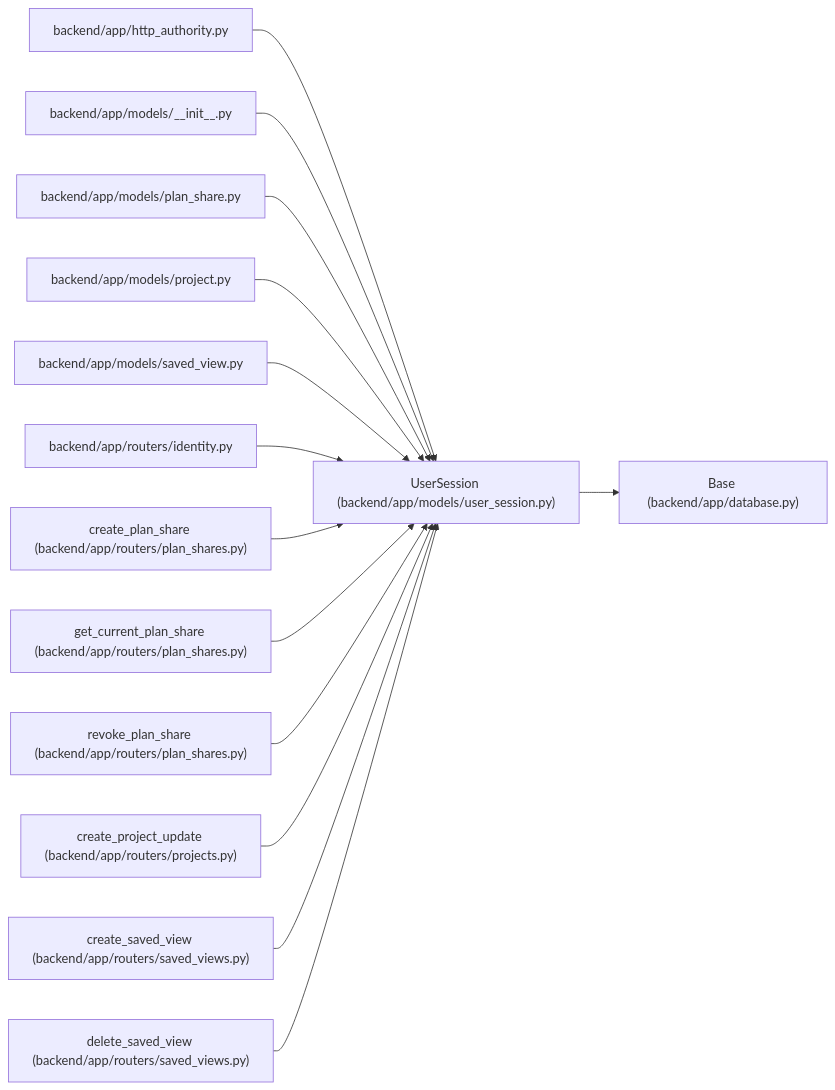
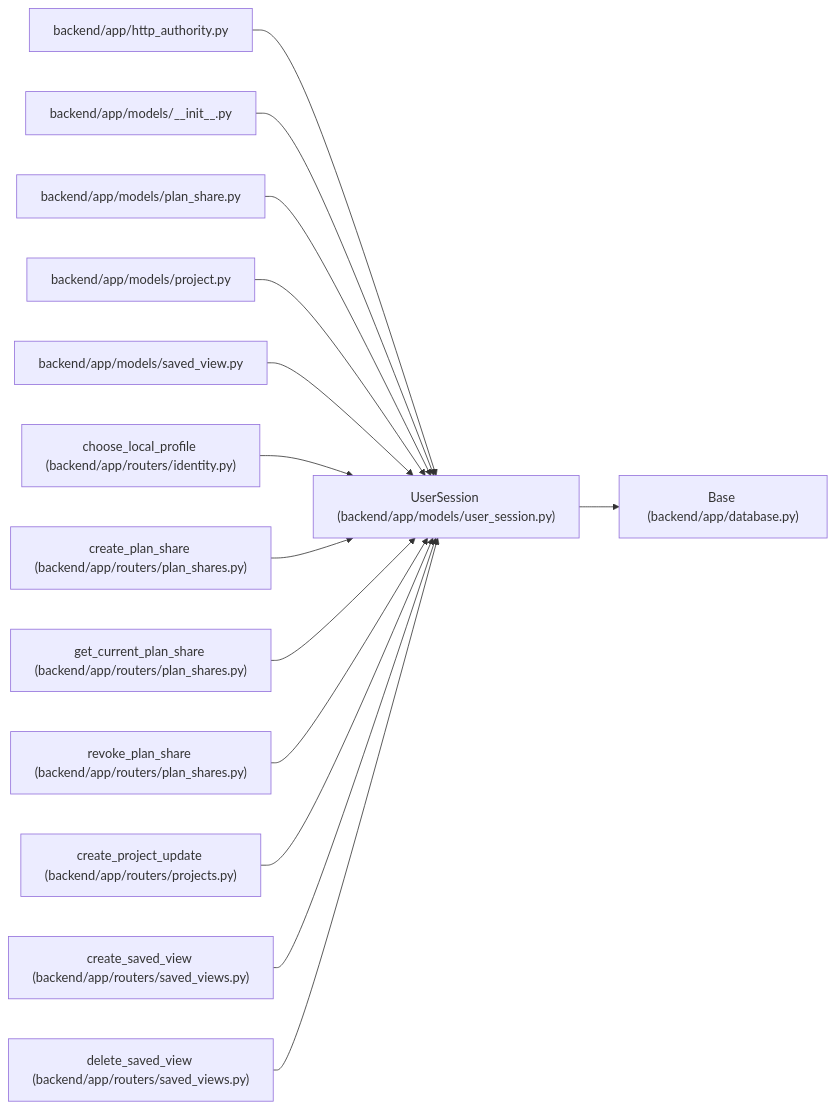
The diagram in docs/llm_wiki/entities/user_session_UserSession.md (Denissvgn/WorkChord), drawn with Mermaid before and after one commit. The commit also changed other lines of this file and 642 other files, not shown here.

Commit message:
docs(wiki): refresh for the local work profile

````diff
--- a/docs/llm_wiki/entities/user_session_UserSession.md
+++ b/docs/llm_wiki/entities/user_session_UserSession.md
@@ -44,44 +45,44 @@
 ```mermaid
 flowchart LR
     n0["UserSession (backend/app/models/user_session.py)"]
     n1["Base (backend/app/database.py)"]
     n2["backend/app/http_authority.py"]
     n3["backend/app/models/__init__.py"]
     n4["backend/app/models/plan_share.py"]
     n5["backend/app/models/project.py"]
     n6["backend/app/models/saved_view.py"]
-    n7["backend/app/routers/identity.py"]
+    n7["choose_local_profile (backend/app/routers/identity.py)"]
     n8["create_plan_share (backend/app/routers/plan_shares.py)"]
     n9["get_current_plan_share (backend/app/routers/plan_shares.py)"]
     n10["revoke_plan_share (backend/app/routers/plan_shares.py)"]
     n11["create_project_update (backend/app/routers/projects.py)"]
     n12["create_saved_view (backend/app/routers/saved_views.py)"]
     n13["delete_saved_view (backend/app/routers/saved_views.py)"]
     n0 --> n1
     n2 --> n0
     n3 --> n0
     n4 --> n0
     n5 --> n0
     n6 --> n0
     n7 --> n0
     n8 --> n0
     n9 --> n0
     n10 --> n0
     n11 --> n0
     n12 --> n0
     n13 --> n0
     click n0 "../modules/user_session.md"
     click n1 "../modules/app_database.md"
     click n2 "../modules/http_authority.md"
     click n3 "../modules/models___init__.md"
     click n4 "../modules/models_plan_share.md"
     click n5 "../modules/models_project.md"
     click n6 "../modules/models_saved_view.md"
     click n7 "../modules/routers_identity.md"
     click n8 "../modules/plan_shares.md"
     click n9 "../modules/plan_shares.md"
     click n10 "../modules/plan_shares.md"
     click n11 "../modules/projects.md"
     click n12 "../modules/saved_views.md"
     click n13 "../modules/saved_views.md"
 ```
````
